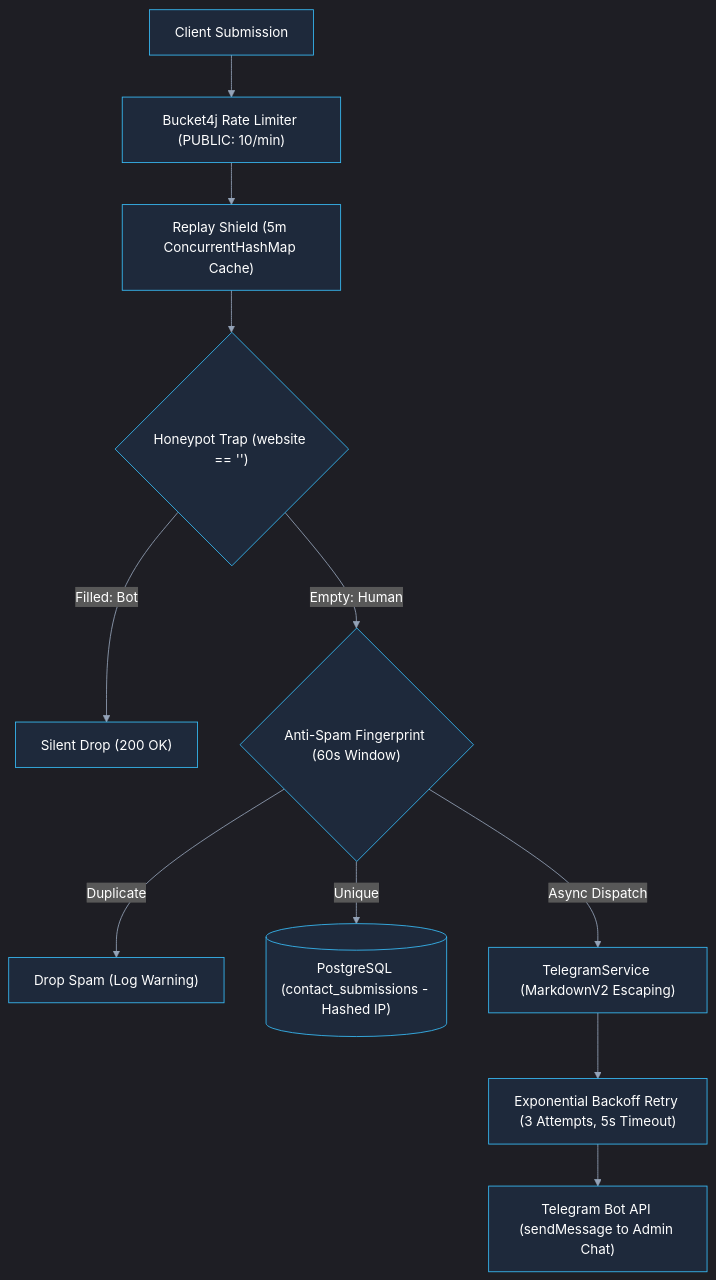
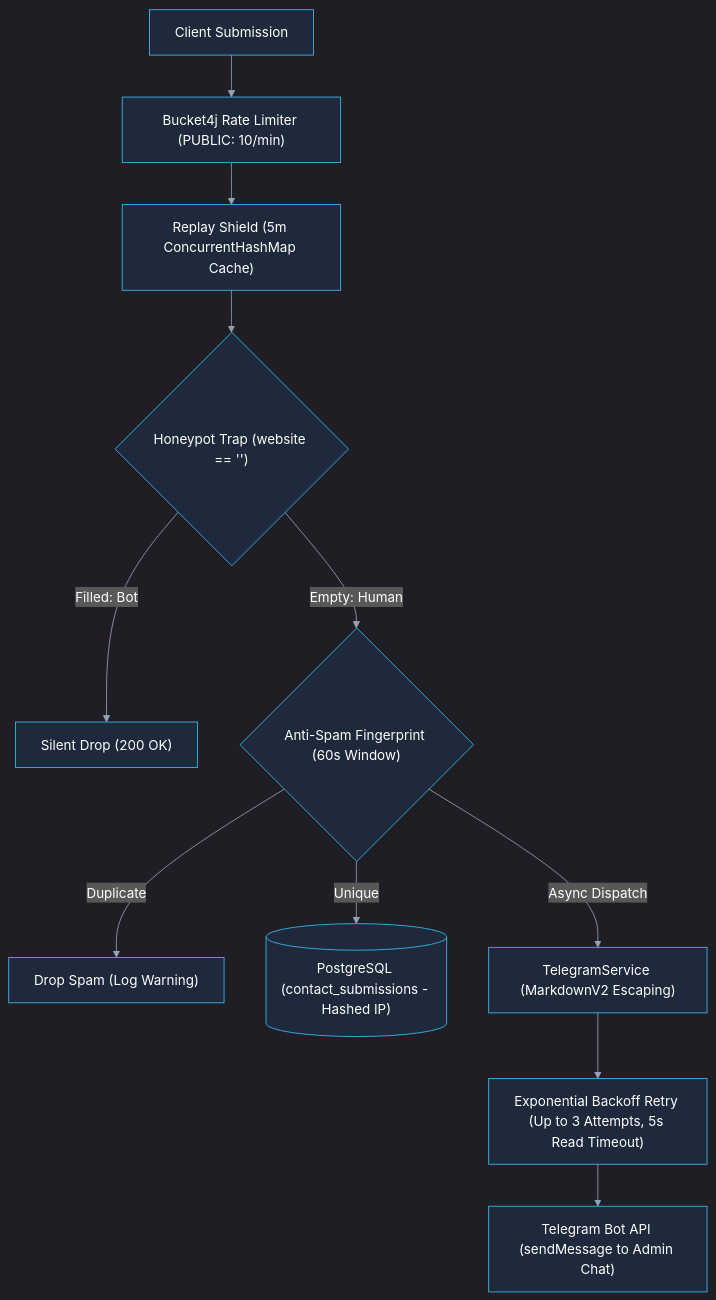
Before and after one commit to Mohitur669/speakit: diagram 34 of 37 in docs/API-Spec.md, drawn with Mermaid. The commit also changed other lines of this file and 1 other file, not shown here.

First line of the commit message:
docs(api): address review feedback on payment verification, token claims, and service contracts

````diff
--- a/docs/API-Spec.md
+++ b/docs/API-Spec.md
@@ -1628,14 +1625,14 @@
 ```mermaid
 %%{init: {'theme': 'dark', 'themeVariables': {'textColor': '#ffffff', 'primaryTextColor': '#ffffff', 'secondaryTextColor': '#ffffff', 'mainBkg': '#1e293b', 'nodeBorder': '#38bdf8', 'lineColor': '#94a3b8'}}}%%
 flowchart TD
     Client["Client Submission"] --> RateLimit["Bucket4j Rate Limiter (PUBLIC: 10/min)"]
     RateLimit --> ReplayCache["Replay Shield (5m ConcurrentHashMap Cache)"]
     ReplayCache --> Honeypot{"Honeypot Trap (website == '')"}
     Honeypot -->|Filled: Bot| Drop["Silent Drop (200 OK)"]
     Honeypot -->|Empty: Human| AntiSpam{"Anti-Spam Fingerprint (60s Window)"}
     AntiSpam -->|Duplicate| DropSpam["Drop Spam (Log Warning)"]
     AntiSpam -->|Unique| DB[("PostgreSQL (contact_submissions - Hashed IP)")]
     AntiSpam -->|Async Dispatch| TelegramService["TelegramService (MarkdownV2 Escaping)"]
-    TelegramService --> Retry["Exponential Backoff Retry (3 Attempts, 5s Timeout)"]
+    TelegramService --> Retry["Exponential Backoff Retry (Up to 3 Attempts, 5s Read Timeout)"]
     Retry --> TelegramBot["Telegram Bot API (sendMessage to Admin Chat)"]
 ```
````
